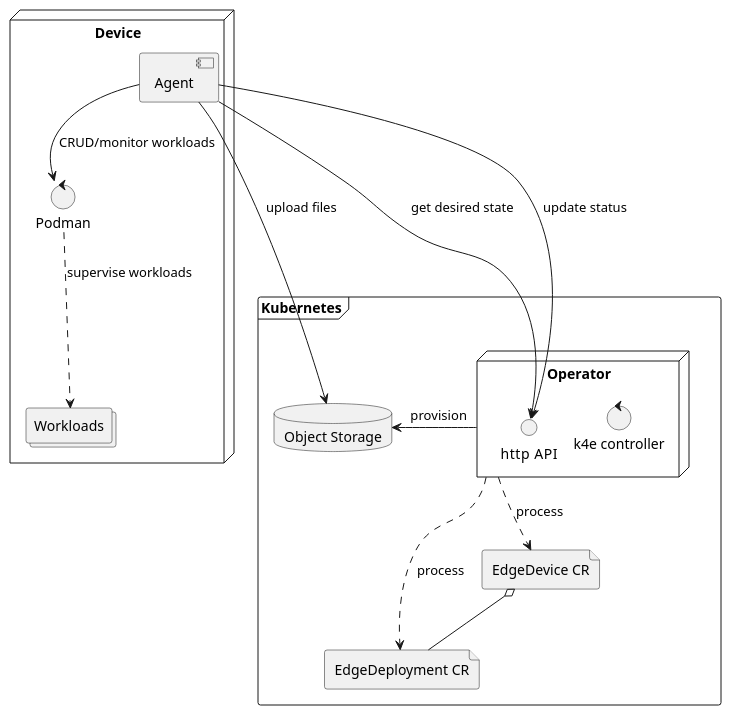
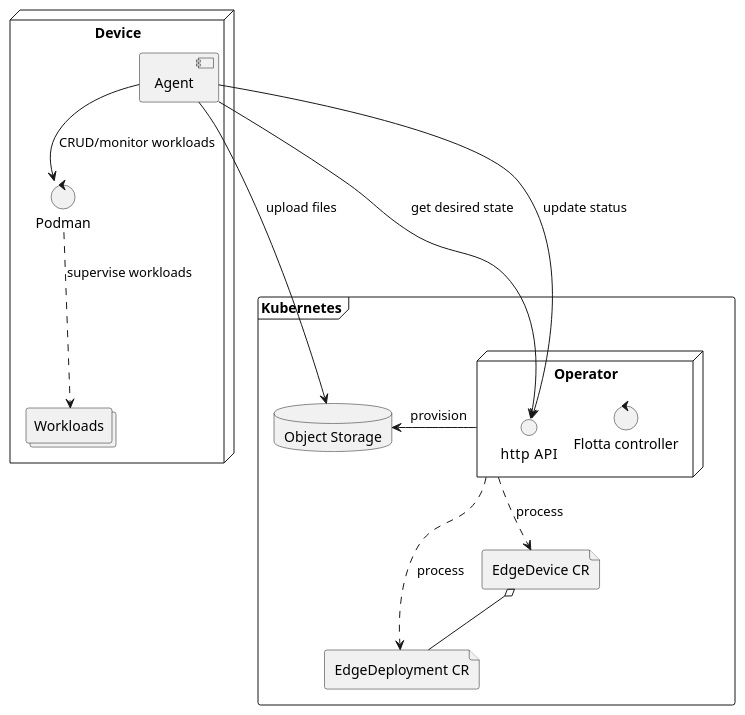
One commit to project-flotta/flotta-operator changed the diagram in docs/design/architecture.puml. Above: the diagram before and after it, drawn with PlantUML. The commit also changed 10 other files, not shown here.

```diff
--- a/docs/design/architecture.puml
+++ b/docs/design/architecture.puml
@@ -1,34 +1,34 @@
 @startuml
 'https://plantuml.com/deployment-diagram
 
 frame Kubernetes {
     node Operator {
-      control "k4e controller" as controller
+      control "Flotta controller" as controller
       interface "http  API" as operatorAPI
 
     }
     file "EdgeDeployment CR" as deployment
     file "EdgeDevice CR" as deviceCR
     database "Object Storage" as objectStore
 }
 
 node Device {
     component Agent
     control Podman
     collections Workloads
 }
 deviceCR o-- deployment
 
 Operator -[dashed]-> deployment: process
 Operator -[dashed]-> deviceCR: process
 Operator -left-> objectStore: provision
 
 Agent ---> operatorAPI: get desired state
 Agent --> operatorAPI: update status
 Agent --> Podman : CRUD/monitor workloads
 Agent -> objectStore : upload files
 
 Podman -[dashed]-> Workloads: supervise workloads
 
 
 @enduml
```
